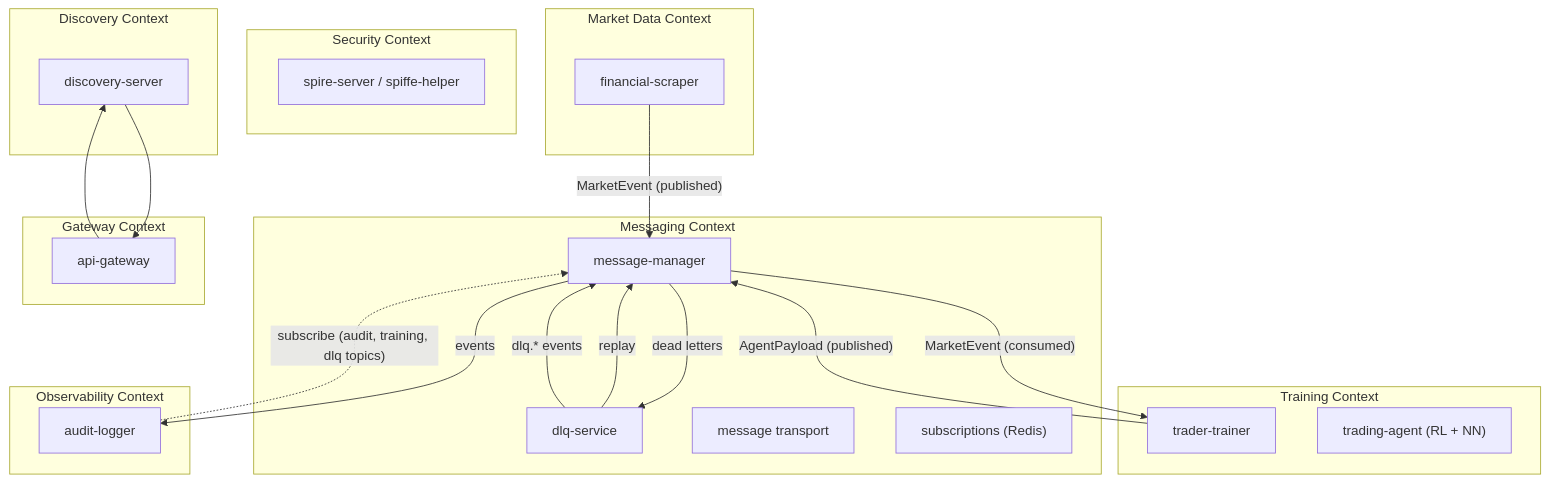
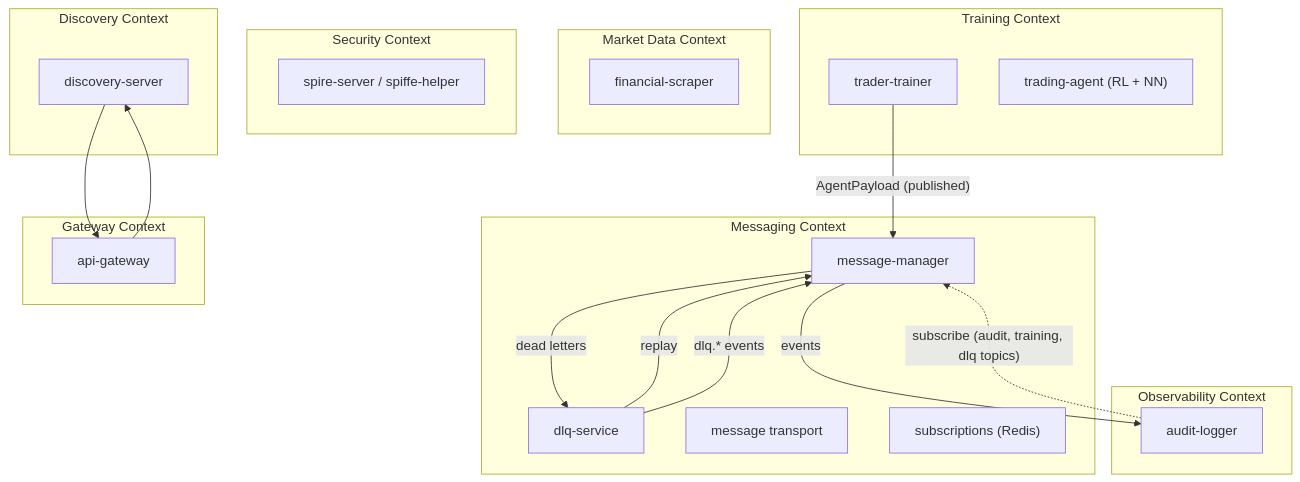
The diagram in docs/architecture/bounded-contexts.md (docteur-turboss/trading-model), drawn with Mermaid before and after one commit. The commit also changed other lines of this file and 47 other files, not shown here.

````diff
--- a/docs/architecture/bounded-contexts.md
+++ b/docs/architecture/bounded-contexts.md
@@ -7,39 +7,37 @@
 ```mermaid
 graph TD
     subgraph "Market Data Context"
         FS["financial-scraper"]
     end
     subgraph "Training Context"
         TT["trader-trainer"]
         TS["trading-agent (RL + NN)"]
     end
     subgraph "Messaging Context"
         MM["message-manager"]
         DLQ["dlq-service"]
         MT["message transport"]
         SUB["subscriptions (Redis)"]
     end
     subgraph "Security Context"
         SP["spire-server / spiffe-helper"]
     end
     subgraph "Discovery Context"
         DS["discovery-server"]
     end
     subgraph "Observability Context"
         AL["audit-logger"]
     end
     subgraph "Gateway Context"
         GW["api-gateway"]
     end
 
-    FS -->|"MarketEvent (published)"| MM
-    MM -->|"MarketEvent (consumed)"| TT
     TT -->|"AgentPayload (published)"| MM
     MM -->|"events"| AL
     AL -.->|"subscribe (audit, training, dlq topics)"| MM
     MM -->|"dead letters"| DLQ
     DLQ -->|"replay"| MM
     DLQ -->|"dlq.* events"| MM
     DS --> GW
     GW --> DS
 ```
````
